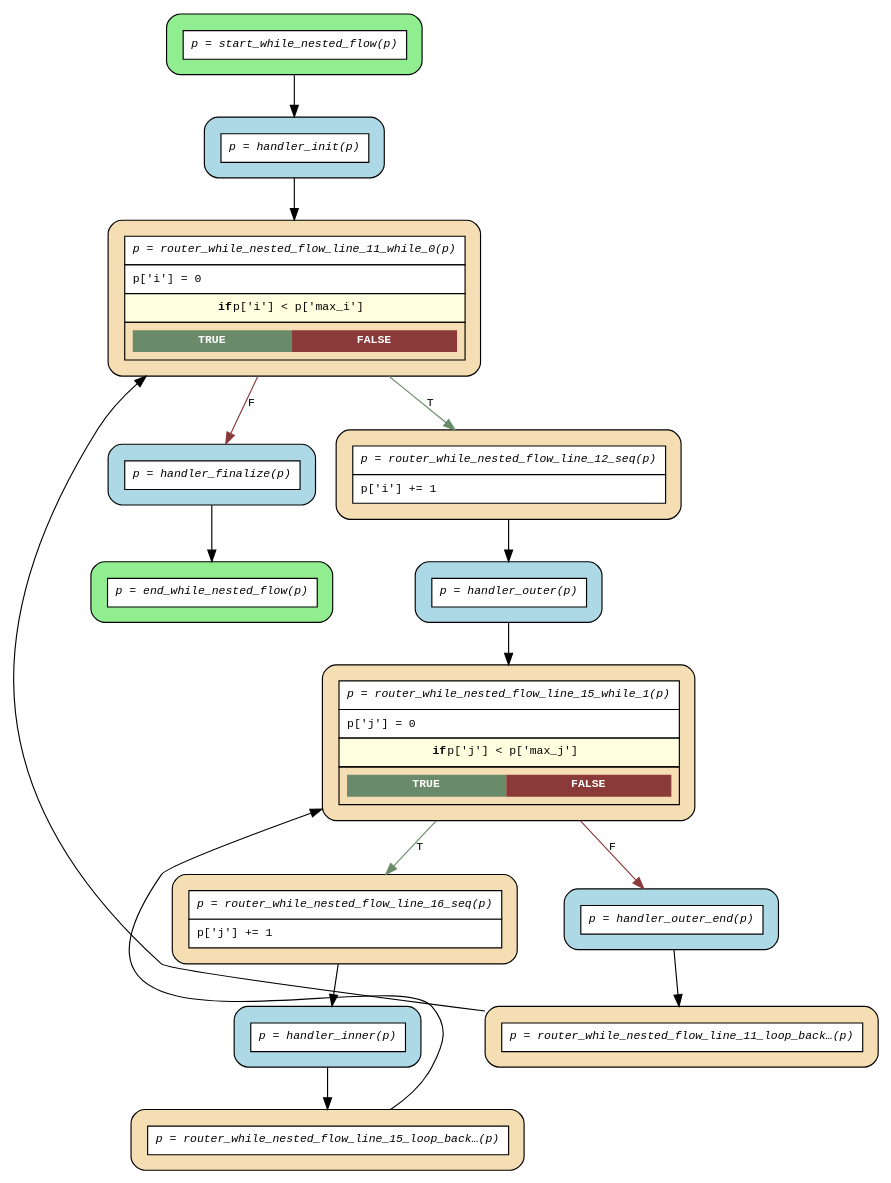
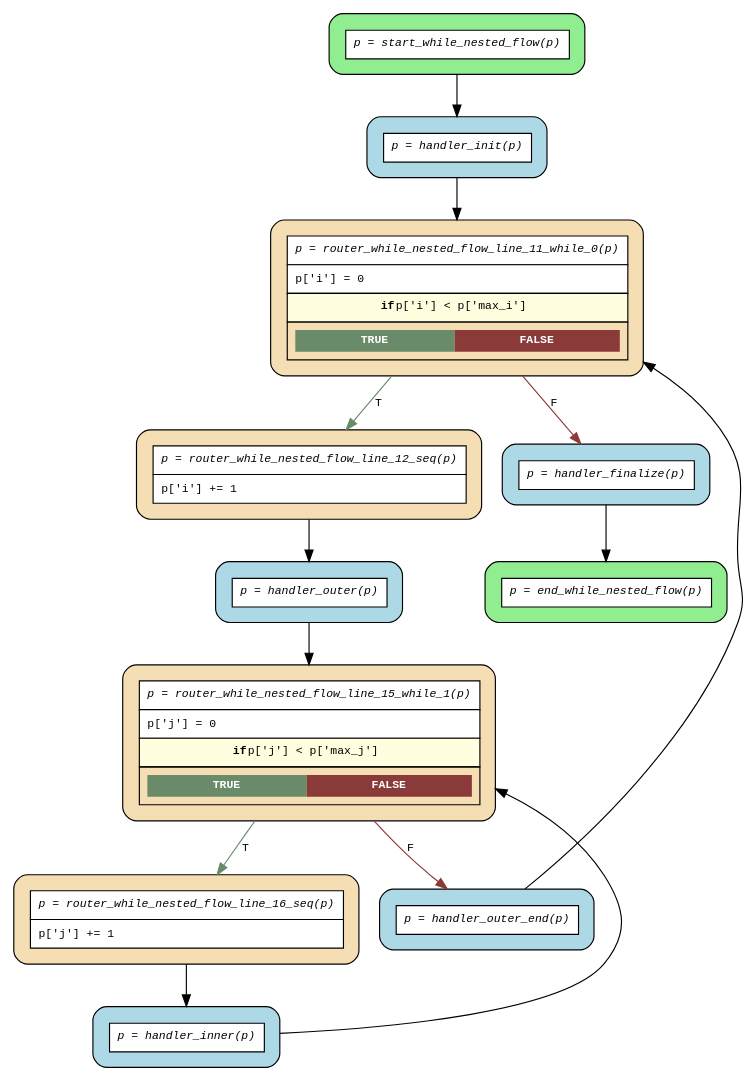
Before and after one commit to deliveryhero/asya: the diagram in examples/flows/compiled/while_nested/flow.dot, drawn with Graphviz. The commit also changed 40 other files, not shown here.

First line of the commit message:
fix(grouper): eliminate no-op loop_back routers for conditional while loops

```diff
--- a/examples/flows/compiled/while_nested/flow.dot
+++ b/examples/flows/compiled/while_nested/flow.dot
@@ -1,35 +1,31 @@
 digraph flow {
   rankdir=TB;
   graph [fontname="Courier", fontsize=10];
   node [fontname="Courier", fontsize=10, shape=box, style="filled,rounded", margin="0.2"];
   edge [fontname="Courier", fontsize=10];
 
   start_while_nested_flow [fillcolor="lightgreen", label=<<table border="0" cellspacing="0" cellpadding="6" cellborder="1"><tr><td bgcolor="white" align="center"><i>p = start_while_nested_flow(p)</i></td></tr></table>>];
   router_while_nested_flow_line_16_seq [fillcolor="wheat", label=<<table border="0" cellspacing="0" cellpadding="6" cellborder="1"><tr><td bgcolor="white" align="center"><i>p = router_while_nested_flow_line_16_seq(p)</i></td></tr><tr><td bgcolor="white" align="left">p['j'] += 1</td></tr></table>>];
-  router_while_nested_flow_line_15_loop_back_1 [fillcolor="wheat", label=<<table border="0" cellspacing="0" cellpadding="6" cellborder="1"><tr><td bgcolor="white" align="center"><i>p = router_while_nested_flow_line_15_loop_back…(p)</i></td></tr></table>>];
   router_while_nested_flow_line_15_while_1 [fillcolor="wheat", label=<<table border="0" cellspacing="0" cellpadding="6" cellborder="1"><tr><td bgcolor="white" align="center"><i>p = router_while_nested_flow_line_15_while_1(p)</i></td></tr><tr><td bgcolor="white" align="left">p['j'] = 0</td></tr><tr><td bgcolor="lightyellow"><b>if</b> p['j'] &lt; p['max_j']</td></tr><tr><td><table border="0" cellspacing="0" cellpadding="4"><tr><td bgcolor="darkseagreen4"><font color="white"><b>TRUE</b></font></td><td bgcolor="indianred4"><font color="white"><b>FALSE</b></font></td></tr></table></td></tr></table>>];
   router_while_nested_flow_line_12_seq [fillcolor="wheat", label=<<table border="0" cellspacing="0" cellpadding="6" cellborder="1"><tr><td bgcolor="white" align="center"><i>p = router_while_nested_flow_line_12_seq(p)</i></td></tr><tr><td bgcolor="white" align="left">p['i'] += 1</td></tr></table>>];
-  router_while_nested_flow_line_11_loop_back_0 [fillcolor="wheat", label=<<table border="0" cellspacing="0" cellpadding="6" cellborder="1"><tr><td bgcolor="white" align="center"><i>p = router_while_nested_flow_line_11_loop_back…(p)</i></td></tr></table>>];
   router_while_nested_flow_line_11_while_0 [fillcolor="wheat", label=<<table border="0" cellspacing="0" cellpadding="6" cellborder="1"><tr><td bgcolor="white" align="center"><i>p = router_while_nested_flow_line_11_while_0(p)</i></td></tr><tr><td bgcolor="white" align="left">p['i'] = 0</td></tr><tr><td bgcolor="lightyellow"><b>if</b> p['i'] &lt; p['max_i']</td></tr><tr><td><table border="0" cellspacing="0" cellpadding="4"><tr><td bgcolor="darkseagreen4"><font color="white"><b>TRUE</b></font></td><td bgcolor="indianred4"><font color="white"><b>FALSE</b></font></td></tr></table></td></tr></table>>];
   end_while_nested_flow [fillcolor="lightgreen", label=<<table border="0" cellspacing="0" cellpadding="6" cellborder="1"><tr><td bgcolor="white" align="center"><i>p = end_while_nested_flow(p)</i></td></tr></table>>];
   handler_finalize [fillcolor="lightblue", label=<<table border="0" cellspacing="0" cellpadding="6" cellborder="1"><tr><td bgcolor="white" align="center"><i>p = handler_finalize(p)</i></td></tr></table>>];
   handler_init [fillcolor="lightblue", label=<<table border="0" cellspacing="0" cellpadding="6" cellborder="1"><tr><td bgcolor="white" align="center"><i>p = handler_init(p)</i></td></tr></table>>];
   handler_inner [fillcolor="lightblue", label=<<table border="0" cellspacing="0" cellpadding="6" cellborder="1"><tr><td bgcolor="white" align="center"><i>p = handler_inner(p)</i></td></tr></table>>];
   handler_outer [fillcolor="lightblue", label=<<table border="0" cellspacing="0" cellpadding="6" cellborder="1"><tr><td bgcolor="white" align="center"><i>p = handler_outer(p)</i></td></tr></table>>];
   handler_outer_end [fillcolor="lightblue", label=<<table border="0" cellspacing="0" cellpadding="6" cellborder="1"><tr><td bgcolor="white" align="center"><i>p = handler_outer_end(p)</i></td></tr></table>>];
 
   handler_finalize -> end_while_nested_flow;
   handler_init -> router_while_nested_flow_line_11_while_0;
-  handler_inner -> router_while_nested_flow_line_15_loop_back_1;
+  handler_inner -> router_while_nested_flow_line_15_while_1 [constraint=false];
   handler_outer -> router_while_nested_flow_line_15_while_1;
-  handler_outer_end -> router_while_nested_flow_line_11_loop_back_0;
-  router_while_nested_flow_line_11_loop_back_0 -> router_while_nested_flow_line_11_while_0 [constraint=false];
+  handler_outer_end -> router_while_nested_flow_line_11_while_0 [constraint=false];
   router_while_nested_flow_line_11_while_0 -> handler_finalize [label="F", color=indianred4];
   router_while_nested_flow_line_11_while_0 -> router_while_nested_flow_line_12_seq [label="T", color=darkseagreen4];
   router_while_nested_flow_line_12_seq -> handler_outer;
-  router_while_nested_flow_line_15_loop_back_1 -> router_while_nested_flow_line_15_while_1 [constraint=false];
   router_while_nested_flow_line_15_while_1 -> handler_outer_end [label="F", color=indianred4];
   router_while_nested_flow_line_15_while_1 -> router_while_nested_flow_line_16_seq [label="T", color=darkseagreen4];
   router_while_nested_flow_line_16_seq -> handler_inner;
   start_while_nested_flow -> handler_init;
 }
```
